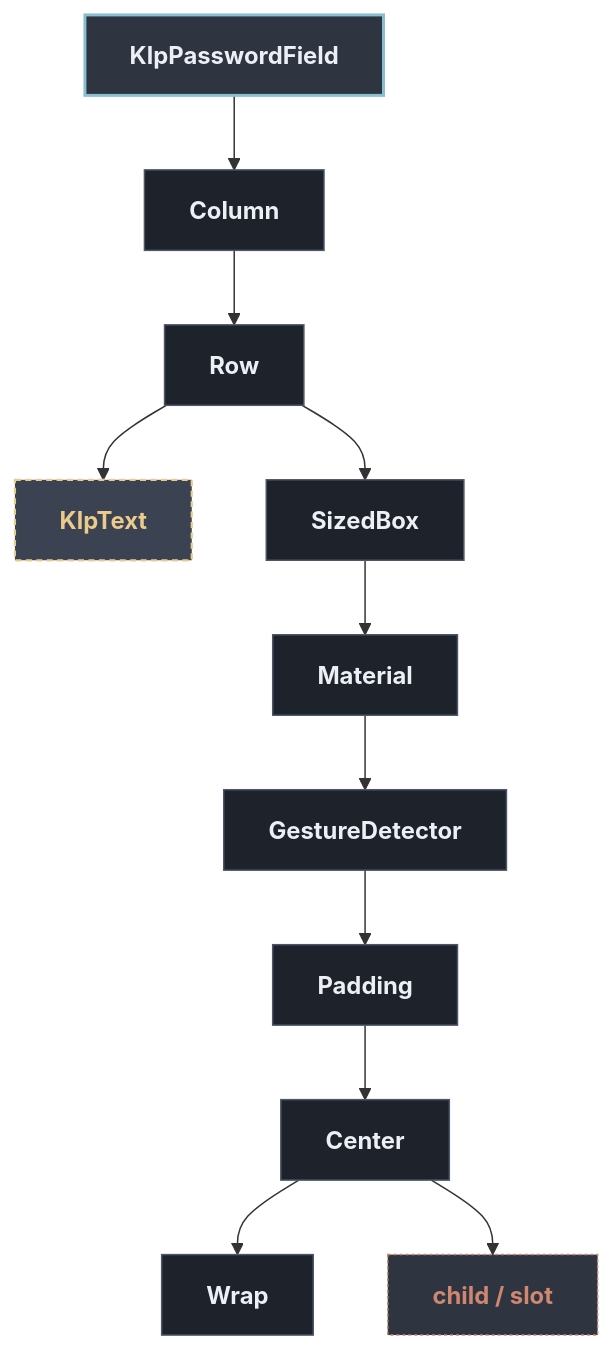
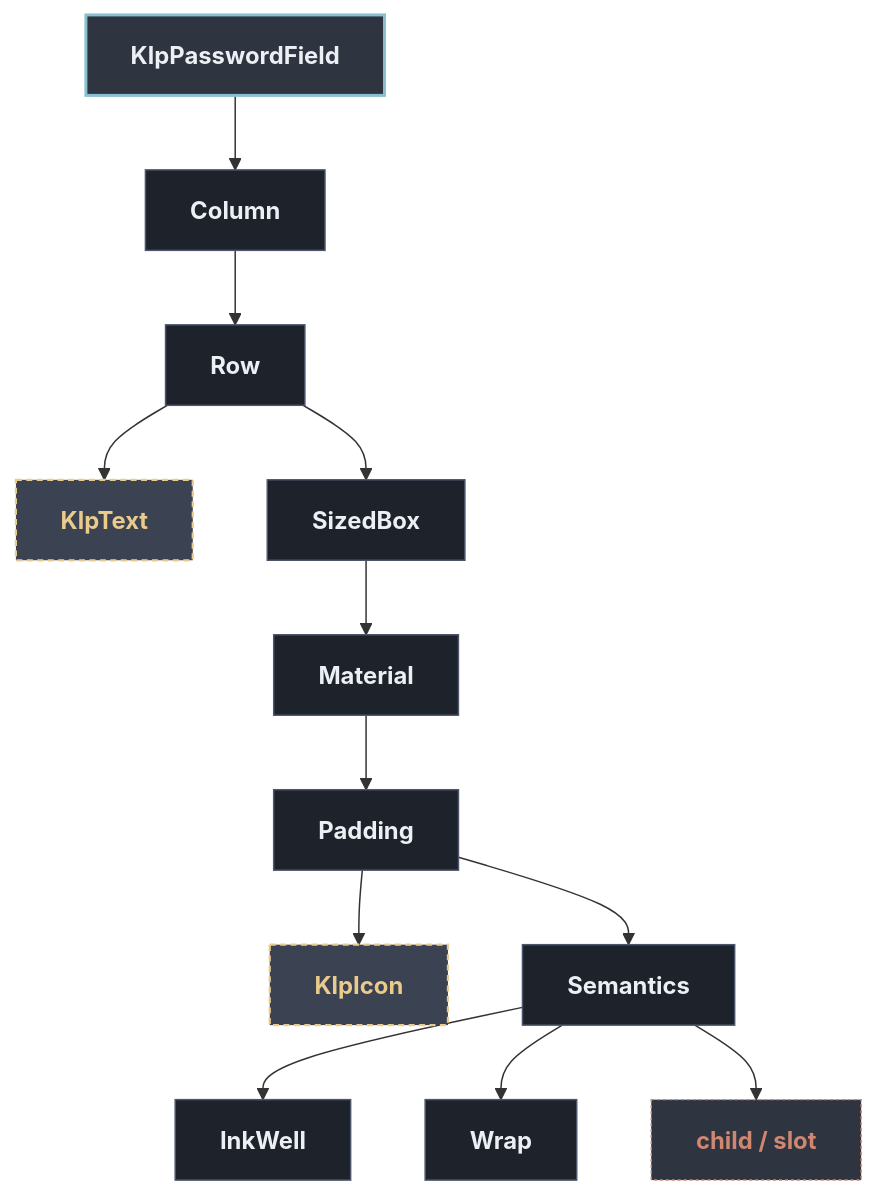
One commit to MiuDog/Kallopis changed the diagram in docs/architecture/components/form/klp_password_field.md. Above: the diagram before and after it, drawn with Mermaid. The commit also changed other lines of this file and 1105 other files, not shown here.

Commit message:
refactor: establish semantic design architecture

````diff
--- a/docs/architecture/components/form/klp_password_field.md
+++ b/docs/architecture/components/form/klp_password_field.md
@@ -13,30 +13,32 @@
 ```mermaid
 flowchart TD
   classDef default fill:#1E222B,stroke:#4C566A,stroke-width:1px,color:#ECEFF4;
   classDef root fill:#2E3440,stroke:#88C0D0,stroke-width:2px,color:#ECEFF4,font-weight:bold;
   classDef reference fill:#3B4252,stroke:#EBCB8B,stroke-width:1.5px,stroke-dasharray: 4 3,color:#EBCB8B;
   classDef container fill:#2E3440,stroke:#A3BE8C,stroke-width:1.5px,color:#A3BE8C;
   classDef slot fill:#2E3440,stroke:#D08770,stroke-width:1px,stroke-dasharray: 2 2,color:#D08770;
 
   root["KlpPasswordField"]:::root
   n1["Column"]
   root --> n1
   n2["Row"]
   n1 --> n2
   n3["KlpText"]:::reference
   n2 --> n3
   n4["SizedBox"]
   n2 --> n4
   n5["Material"]
   n4 --> n5
-  n6["GestureDetector"]
+  n6["Padding"]
   n5 --> n6
-  n7["Padding"]
+  n7["KlpIcon"]:::reference
   n6 --> n7
-  n8["Center"]
-  n7 --> n8
-  n9["Wrap"]
+  n8["Semantics"]
+  n6 --> n8
+  n9["InkWell"]
   n8 --> n9
-  n10["child / slot"]:::slot
+  n10["Wrap"]
   n8 --> n10
+  n11["child / slot"]:::slot
+  n8 --> n11
 ```
````
